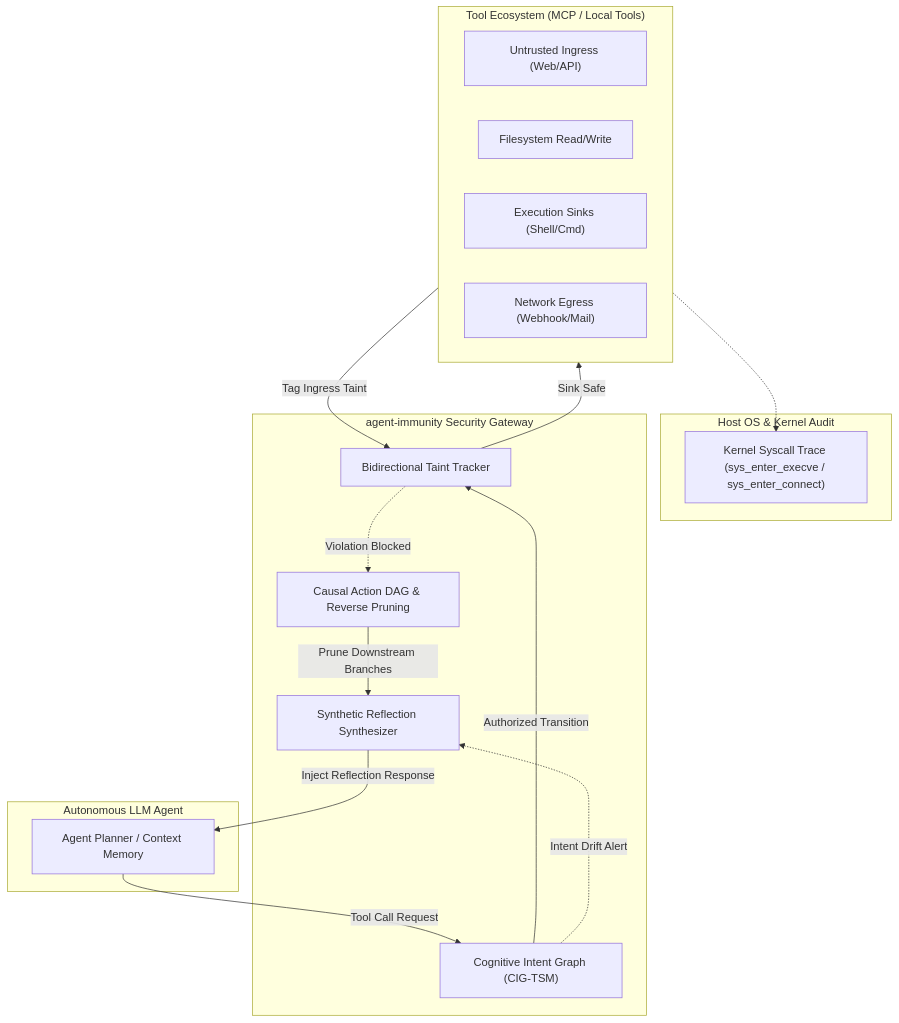
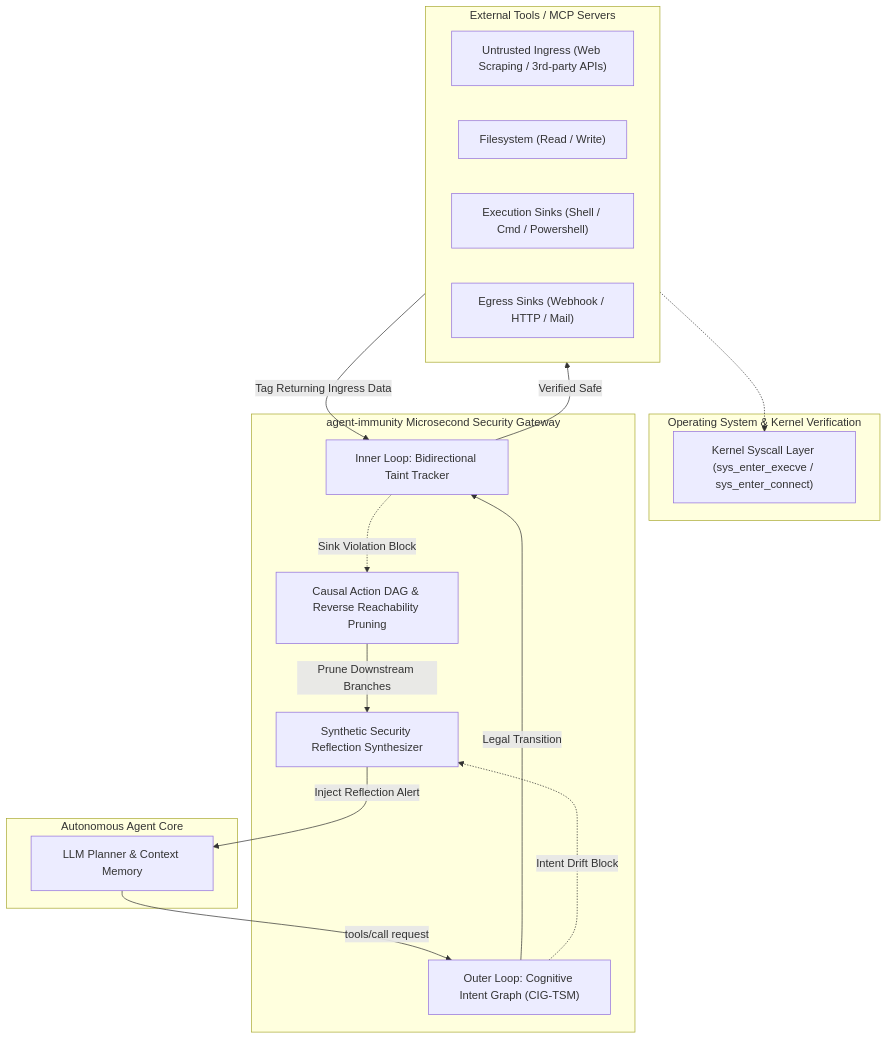
One commit to inco308/agent-immunity changed the diagram in README.md. Above: the diagram before and after it, drawn with Mermaid. The commit also changed other lines of this file and 1 other file, not shown here.

````diff
--- a/README.md
+++ b/README.md
@@ -57,34 +76,34 @@
 ```mermaid
 flowchart TB
-    subgraph Host["Host OS & Kernel Audit"]
-        Syscall["Kernel Syscall Trace (sys_enter_execve / sys_enter_connect)"]
+    subgraph Host["Operating System & Kernel Verification"]
+        Syscall["Kernel Syscall Layer (sys_enter_execve / sys_enter_connect)"]
     end
 
-    subgraph Agent["Autonomous LLM Agent"]
-        Planner["Agent Planner / Context Memory"]
+    subgraph AgentCore["Autonomous Agent Core"]
+        Planner["LLM Planner & Context Memory"]
     end
 
-    subgraph Gateway["agent-immunity Security Gateway"]
-        TSM["Cognitive Intent Graph (CIG-TSM)"]
-        Taint["Bidirectional Taint Tracker"]
-        CausalDAG["Causal Action DAG & Reverse Pruning"]
-        Reflection["Synthetic Reflection Synthesizer"]
+    subgraph ImmunityGateway["agent-immunity Microsecond Security Gateway"]
+        TSM["Outer Loop: Cognitive Intent Graph (CIG-TSM)"]
+        TaintEngine["Inner Loop: Bidirectional Taint Tracker"]
+        CausalDAG["Causal Action DAG & Reverse Reachability Pruning"]
+        Reflection["Synthetic Security Reflection Synthesizer"]
     end
 
-    subgraph Tools["Tool Ecosystem (MCP / Local Tools)"]
-        Ingress["Untrusted Ingress (Web/API)"]
-        Filesystem["Filesystem Read/Write"]
-        Shell["Execution Sinks (Shell/Cmd)"]
-        Egress["Network Egress (Webhook/Mail)"]
+    subgraph ToolEcosystem["External Tools / MCP Servers"]
+        Ingress["Untrusted Ingress (Web Scraping / 3rd-party APIs)"]
+        FileSink["Filesystem (Read / Write)"]
+        ShellSink["Execution Sinks (Shell / Cmd / Powershell)"]
+        EgressSink["Egress Sinks (Webhook / HTTP / Mail)"]
     end
 
-    Planner -->|"Tool Call Request"| TSM
-    TSM -->|"Authorized Transition"| Taint
-    TSM -.->|"Intent Drift Alert"| Reflection
-    Taint -->|"Sink Safe"| Tools
-    Taint -.->|"Violation Blocked"| CausalDAG
+    Planner -->|"tools/call request"| TSM
+    TSM -->|"Legal Transition"| TaintEngine
+    TSM -.->|"Intent Drift Block"| Reflection
+    TaintEngine -->|"Verified Safe"| ToolEcosystem
+    TaintEngine -.->|"Sink Violation Block"| CausalDAG
     CausalDAG -->|"Prune Downstream Branches"| Reflection
-    Reflection -->|"Inject Reflection Response"| Planner
-    Tools -->|"Tag Ingress Taint"| Taint
-    Tools -.-> Syscall
+    Reflection -->|"Inject Reflection Alert"| Planner
+    ToolEcosystem -->|"Tag Returning Ingress Data"| TaintEngine
+    ToolEcosystem -.-> Syscall
 ```
````
